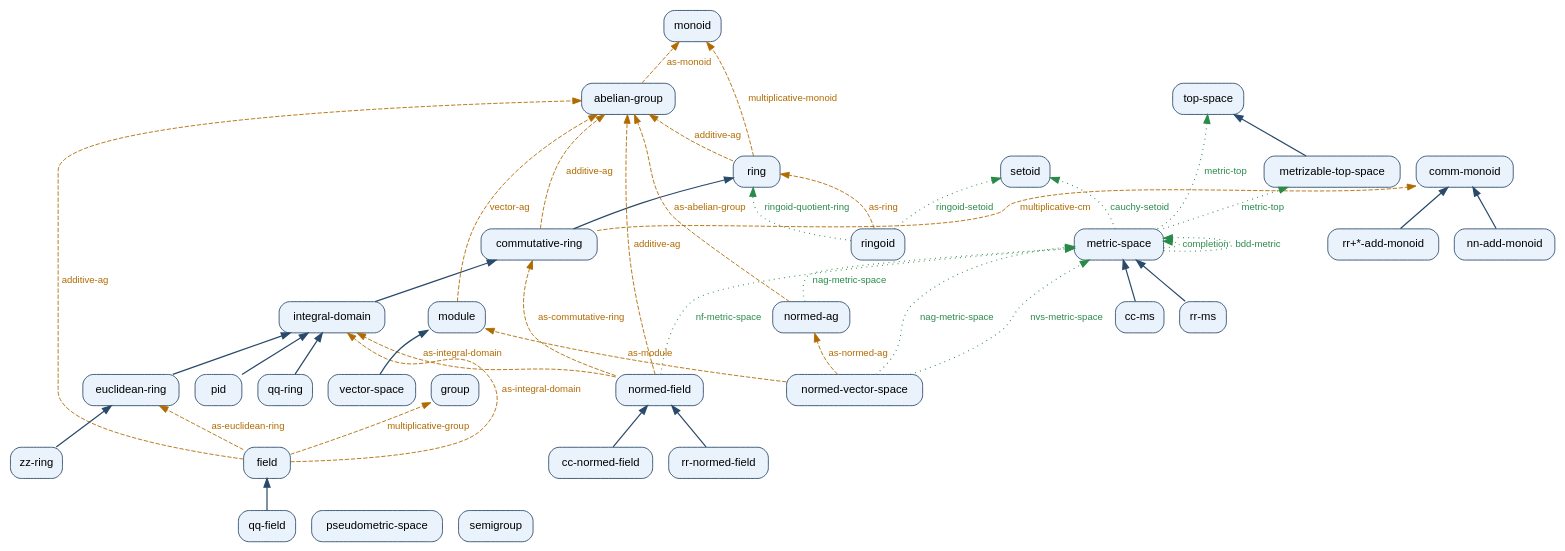
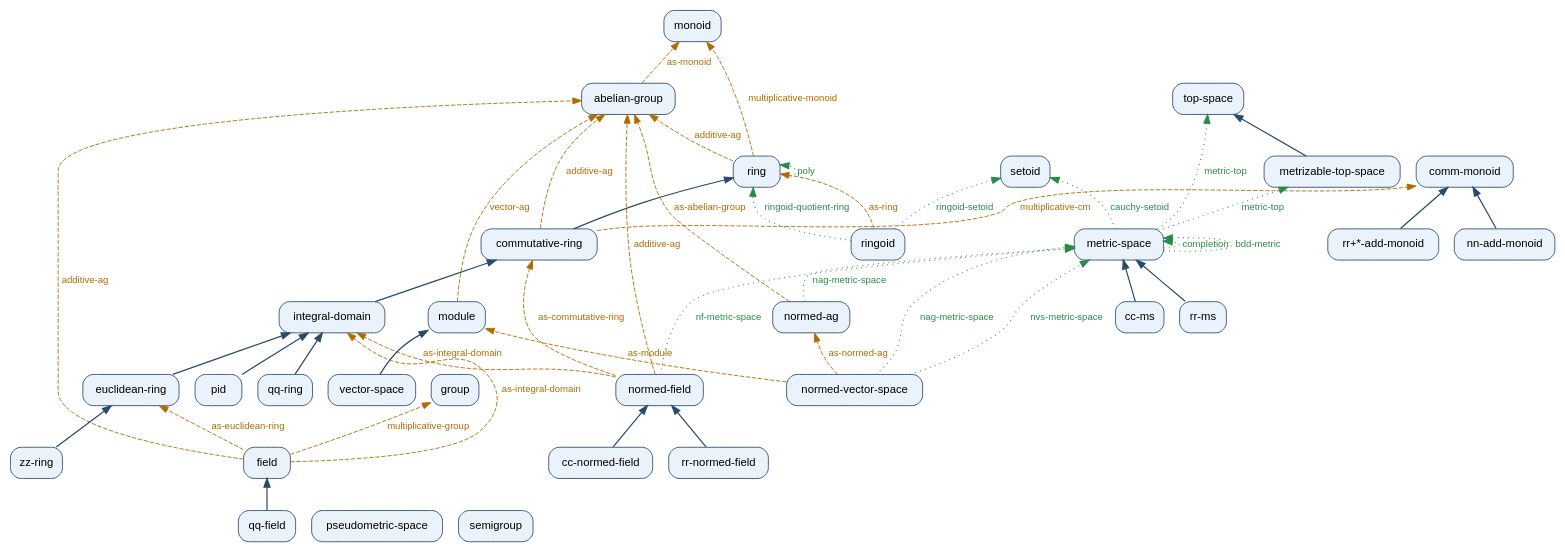
One commit to JavierThayer/VNB changed the diagram in reference/structure-graph.dot. Above: the diagram before and after it, drawn with Graphviz. The commit also changed 115 other files, not shown here.

```diff
--- a/reference/structure-graph.dot
+++ b/reference/structure-graph.dot
@@ -1,87 +1,88 @@
 digraph VNB {
   rankdir=BT;
   bgcolor="white";
   node [shape=box, style="rounded,filled", fillcolor="#eaf2fb", color="#2a4a6a", fontname="Helvetica", fontsize=13];
   edge [fontname="Helvetica", fontsize=11];
 
   "abelian-group" [tooltip="abelian-group -- slots (carr opr iden inv)", URL="structure-graph.html#abelian-group"];
   "cc-ms" [tooltip="cc-ms -- slots (pts dist)", URL="structure-graph.html#cc-ms"];
   "cc-normed-field" [tooltip="cc-normed-field -- slots (carr add mul neg zero one fnrm)", URL="structure-graph.html#cc-normed-field"];
   "comm-monoid" [tooltip="comm-monoid -- slots (carr opr iden)", URL="structure-graph.html#comm-monoid"];
   "commutative-ring" [tooltip="commutative-ring -- slots (carr add mul neg zero one)", URL="structure-graph.html#commutative-ring"];
   "euclidean-ring" [tooltip="euclidean-ring -- slots (carr add mul neg zero one)", URL="structure-graph.html#euclidean-ring"];
   "field" [tooltip="field -- slots (carr add mul neg zero one non-zero recip)", URL="structure-graph.html#field"];
   "group" [tooltip="group -- slots (carr opr iden inv)", URL="structure-graph.html#group"];
   "integral-domain" [tooltip="integral-domain -- slots (carr add mul neg zero one)", URL="structure-graph.html#integral-domain"];
   "metric-space" [tooltip="metric-space -- slots (pts dist)", URL="structure-graph.html#metric-space"];
   "metrizable-top-space" [tooltip="metrizable-top-space -- slots (pts opens)", URL="structure-graph.html#metrizable-top-space"];
   "module" [tooltip="module -- slots (scal vec vadd vzero vneg act)", URL="structure-graph.html#module"];
   "monoid" [tooltip="monoid -- slots (carr opr iden)", URL="structure-graph.html#monoid"];
   "nn-add-monoid" [tooltip="nn-add-monoid -- slots (carr opr iden)", URL="structure-graph.html#nn-add-monoid"];
   "normed-ag" [tooltip="normed-ag -- slots (carr opr iden inv nrm)", URL="structure-graph.html#normed-ag"];
   "normed-field" [tooltip="normed-field -- slots (carr add mul neg zero one fnrm)", URL="structure-graph.html#normed-field"];
   "normed-vector-space" [tooltip="normed-vector-space -- slots (scal vec vadd vzero vneg act vnrm)", URL="structure-graph.html#normed-vector-space"];
   "pid" [tooltip="pid -- slots (carr add mul neg zero one)", URL="structure-graph.html#pid"];
   "pseudometric-space" [tooltip="pseudometric-space -- slots (pts dist)", URL="structure-graph.html#pseudometric-space"];
   "qq-field" [tooltip="qq-field -- slots (carr add mul neg zero one non-zero recip)", URL="structure-graph.html#qq-field"];
   "qq-ring" [tooltip="qq-ring -- slots (carr add mul neg zero one)", URL="structure-graph.html#qq-ring"];
   "ring" [tooltip="ring -- slots (carr add mul neg zero one)", URL="structure-graph.html#ring"];
   "ringoid" [tooltip="ringoid -- slots (carr add mul neg zero one idl)", URL="structure-graph.html#ringoid"];
   "rr+*-add-monoid" [tooltip="rr+*-add-monoid -- slots (carr opr iden)", URL="structure-graph.html#rr+*-add-monoid"];
   "rr-ms" [tooltip="rr-ms -- slots (pts dist)", URL="structure-graph.html#rr-ms"];
   "rr-normed-field" [tooltip="rr-normed-field -- slots (carr add mul neg zero one fnrm)", URL="structure-graph.html#rr-normed-field"];
   "semigroup" [tooltip="semigroup -- slots (carr opr)", URL="structure-graph.html#semigroup"];
   "setoid" [tooltip="setoid -- slots (pts rel)", URL="structure-graph.html#setoid"];
   "top-space" [tooltip="top-space -- slots (pts opens)", URL="structure-graph.html#top-space"];
   "vector-space" [tooltip="vector-space -- slots (scal vec vadd vzero vneg act)", URL="structure-graph.html#vector-space"];
   "zz-ring" [tooltip="zz-ring -- slots (carr add mul neg zero one)", URL="structure-graph.html#zz-ring"];
 
   // refines (specialisation): child -> parent
   "metrizable-top-space" -> "top-space" [color="#2a4a6a", penwidth=1.4, tooltip="metrizable-top-space refines top-space"];
   "rr-ms" -> "metric-space" [color="#2a4a6a", penwidth=1.4, tooltip="rr-ms refines metric-space"];
   "qq-field" -> "field" [color="#2a4a6a", penwidth=1.4, tooltip="qq-field refines field"];
   "pid" -> "integral-domain" [color="#2a4a6a", penwidth=1.4, tooltip="pid refines integral-domain"];
   "rr-normed-field" -> "normed-field" [color="#2a4a6a", penwidth=1.4, tooltip="rr-normed-field refines normed-field"];
   "commutative-ring" -> "ring" [color="#2a4a6a", penwidth=1.4, tooltip="commutative-ring refines ring"];
   "cc-normed-field" -> "normed-field" [color="#2a4a6a", penwidth=1.4, tooltip="cc-normed-field refines normed-field"];
   "zz-ring" -> "euclidean-ring" [color="#2a4a6a", penwidth=1.4, tooltip="zz-ring refines euclidean-ring"];
   "nn-add-monoid" -> "comm-monoid" [color="#2a4a6a", penwidth=1.4, tooltip="nn-add-monoid refines comm-monoid"];
   "vector-space" -> "module" [color="#2a4a6a", penwidth=1.4, tooltip="vector-space refines module"];
   "euclidean-ring" -> "integral-domain" [color="#2a4a6a", penwidth=1.4, tooltip="euclidean-ring refines integral-domain"];
   "integral-domain" -> "commutative-ring" [color="#2a4a6a", penwidth=1.4, tooltip="integral-domain refines commutative-ring"];
   "cc-ms" -> "metric-space" [color="#2a4a6a", penwidth=1.4, tooltip="cc-ms refines metric-space"];
   "qq-ring" -> "integral-domain" [color="#2a4a6a", penwidth=1.4, tooltip="qq-ring refines integral-domain"];
   "rr+*-add-monoid" -> "comm-monoid" [color="#2a4a6a", penwidth=1.4, tooltip="rr+*-add-monoid refines comm-monoid"];
 
   // view-as (forgetful / component maps): source -> target
   "field" -> "euclidean-ring" [style=dashed, color="#b06a00", fontcolor="#b06a00", label="as-euclidean-ring", tooltip="field-as-euclidean-ring :  field -> euclidean-ring    (carr add mul neg zero one) |-> (carr add mul neg zero one)", URL="structure-graph.html#views"];
   "commutative-ring" -> "comm-monoid" [style=dashed, color="#b06a00", fontcolor="#b06a00", label="multiplicative-cm", tooltip="commutative-ring-multiplicative-cm :  commutative-ring -> comm-monoid    (carr mul one) |-> (carr opr iden)", URL="structure-graph.html#views"];
   "ring" -> "abelian-group" [style=dashed, color="#b06a00", fontcolor="#b06a00", label="additive-ag", tooltip="ring-additive-ag :  ring -> abelian-group    (carr add zero neg) |-> (carr opr iden inv)", URL="structure-graph.html#views"];
   "commutative-ring" -> "abelian-group" [style=dashed, color="#b06a00", fontcolor="#b06a00", label="additive-ag", tooltip="commutative-ring-additive-ag :  commutative-ring -> abelian-group    (carr add zero neg) |-> (carr opr iden inv)", URL="structure-graph.html#views"];
   "ringoid" -> "ring" [style=dashed, color="#b06a00", fontcolor="#b06a00", label="as-ring", tooltip="ringoid-as-ring :  ringoid -> ring    (carr add mul neg zero one) |-> (carr add mul neg zero one)", URL="structure-graph.html#views"];
   "abelian-group" -> "monoid" [style=dashed, color="#b06a00", fontcolor="#b06a00", label="as-monoid", tooltip="abelian-group-as-monoid :  abelian-group -> monoid    (carr opr iden) |-> (carr opr iden)", URL="structure-graph.html#views"];
   "normed-vector-space" -> "normed-ag" [style=dashed, color="#b06a00", fontcolor="#b06a00", label="as-normed-ag", tooltip="normed-vector-space-as-normed-ag :  normed-vector-space -> normed-ag    (vec vadd vzero vneg vnrm) |-> (carr opr iden inv nrm)", URL="structure-graph.html#views"];
+  "normed-field" -> "abelian-group" [style=dashed, color="#b06a00", fontcolor="#b06a00", label="additive-ag", tooltip="normed-field-additive-ag :  normed-field -> abelian-group    (carr add zero neg) |-> (carr opr iden inv)", URL="structure-graph.html#views"];
   "field" -> "integral-domain" [style=dashed, color="#b06a00", fontcolor="#b06a00", label="as-integral-domain", tooltip="field-as-integral-domain :  field -> integral-domain    (carr add mul neg zero one) |-> (carr add mul neg zero one)", URL="structure-graph.html#views"];
-  "normed-field" -> "abelian-group" [style=dashed, color="#b06a00", fontcolor="#b06a00", label="additive-ag", tooltip="normed-field-additive-ag :  normed-field -> abelian-group    (carr add zero neg) |-> (carr opr iden inv)", URL="structure-graph.html#views"];
   "module" -> "abelian-group" [style=dashed, color="#b06a00", fontcolor="#b06a00", label="vector-ag", tooltip="module-vector-ag :  module -> abelian-group    (vec vadd vzero vneg) |-> (carr opr iden inv)", URL="structure-graph.html#views"];
   "field" -> "group" [style=dashed, color="#b06a00", fontcolor="#b06a00", label="multiplicative-group", tooltip="field-multiplicative-group :  field -> group    (non-zero mul one recip) |-> (carr opr iden inv)", URL="structure-graph.html#views"];
   "normed-vector-space" -> "module" [style=dashed, color="#b06a00", fontcolor="#b06a00", label="as-module", tooltip="normed-vector-space-as-module :  normed-vector-space -> module    (scal vec vadd vzero vneg act) |-> (scal vec vadd vzero vneg act)", URL="structure-graph.html#views"];
   "normed-field" -> "integral-domain" [style=dashed, color="#b06a00", fontcolor="#b06a00", label="as-integral-domain", tooltip="normed-field-as-integral-domain :  normed-field -> integral-domain    (carr add mul neg zero one) |-> (carr add mul neg zero one)", URL="structure-graph.html#views"];
+  "ring" -> "monoid" [style=dashed, color="#b06a00", fontcolor="#b06a00", label="multiplicative-monoid", tooltip="ring-multiplicative-monoid :  ring -> monoid    (carr mul one) |-> (carr opr iden)", URL="structure-graph.html#views"];
   "field" -> "abelian-group" [style=dashed, color="#b06a00", fontcolor="#b06a00", label="additive-ag", tooltip="field-additive-ag :  field -> abelian-group    (carr add zero neg) |-> (carr opr iden inv)", URL="structure-graph.html#views"];
-  "ring" -> "monoid" [style=dashed, color="#b06a00", fontcolor="#b06a00", label="multiplicative-monoid", tooltip="ring-multiplicative-monoid :  ring -> monoid    (carr mul one) |-> (carr opr iden)", URL="structure-graph.html#views"];
   "normed-ag" -> "abelian-group" [style=dashed, color="#b06a00", fontcolor="#b06a00", label="as-abelian-group", tooltip="normed-ag-as-abelian-group :  normed-ag -> abelian-group    (carr opr iden inv) |-> (carr opr iden inv)", URL="structure-graph.html#views"];
   "normed-field" -> "commutative-ring" [style=dashed, color="#b06a00", fontcolor="#b06a00", label="as-commutative-ring", tooltip="normed-field-as-commutative-ring :  normed-field -> commutative-ring    (carr add mul neg zero one) |-> (carr add mul neg zero one)", URL="structure-graph.html#views"];
 
   // bridges (structure-valued functoids): source -> target
   "ringoid" -> "setoid" [style=dotted, color="#2a8a4a", fontcolor="#2a8a4a", penwidth=1.3, label="ringoid-setoid", tooltip="ringoid-setoid :  ringoid -> setoid    (constructor functoid)", URL="structure-graph.html#setoid"];
   "normed-vector-space" -> "metric-space" [style=dotted, color="#2a8a4a", fontcolor="#2a8a4a", penwidth=1.3, label="nag-metric-space", tooltip="nag-metric-space :  normed-vector-space -> metric-space    (constructor functoid)", URL="structure-graph.html#metric-space"];
   "metric-space" -> "metrizable-top-space" [style=dotted, color="#2a8a4a", fontcolor="#2a8a4a", penwidth=1.3, label="metric-top", tooltip="metric-top :  metric-space -> metrizable-top-space    (constructor functoid)", URL="structure-graph.html#metrizable-top-space"];
   "metric-space" -> "top-space" [style=dotted, color="#2a8a4a", fontcolor="#2a8a4a", penwidth=1.3, label="metric-top", tooltip="metric-top :  metric-space -> top-space    (constructor functoid)", URL="structure-graph.html#top-space"];
   "normed-ag" -> "metric-space" [style=dotted, color="#2a8a4a", fontcolor="#2a8a4a", penwidth=1.3, label="nag-metric-space", tooltip="nag-metric-space :  normed-ag -> metric-space    (constructor functoid)", URL="structure-graph.html#metric-space"];
   "normed-field" -> "metric-space" [style=dotted, color="#2a8a4a", fontcolor="#2a8a4a", penwidth=1.3, label="nf-metric-space", tooltip="nf-metric-space :  normed-field -> metric-space    (constructor functoid)", URL="structure-graph.html#metric-space"];
   "metric-space" -> "metric-space" [style=dotted, color="#2a8a4a", fontcolor="#2a8a4a", penwidth=1.3, label="completion", tooltip="completion :  metric-space -> metric-space    (constructor functoid)", URL="structure-graph.html#metric-space"];
   "ringoid" -> "ring" [style=dotted, color="#2a8a4a", fontcolor="#2a8a4a", penwidth=1.3, label="ringoid-quotient-ring", tooltip="ringoid-quotient-ring :  ringoid -> ring    (constructor functoid)", URL="structure-graph.html#ring"];
   "metric-space" -> "metric-space" [style=dotted, color="#2a8a4a", fontcolor="#2a8a4a", penwidth=1.3, label="bdd-metric", tooltip="bdd-metric :  metric-space -> metric-space    (constructor functoid)", URL="structure-graph.html#metric-space"];
   "normed-vector-space" -> "metric-space" [style=dotted, color="#2a8a4a", fontcolor="#2a8a4a", penwidth=1.3, label="nvs-metric-space", tooltip="nvs-metric-space :  normed-vector-space -> metric-space    (constructor functoid)", URL="structure-graph.html#metric-space"];
   "metric-space" -> "setoid" [style=dotted, color="#2a8a4a", fontcolor="#2a8a4a", penwidth=1.3, label="cauchy-setoid", tooltip="cauchy-setoid :  metric-space -> setoid    (constructor functoid)", URL="structure-graph.html#setoid"];
+  "ring" -> "ring" [style=dotted, color="#2a8a4a", fontcolor="#2a8a4a", penwidth=1.3, label="poly", tooltip="poly :  ring -> ring    (constructor functoid)", URL="structure-graph.html#ring"];
 }
```
